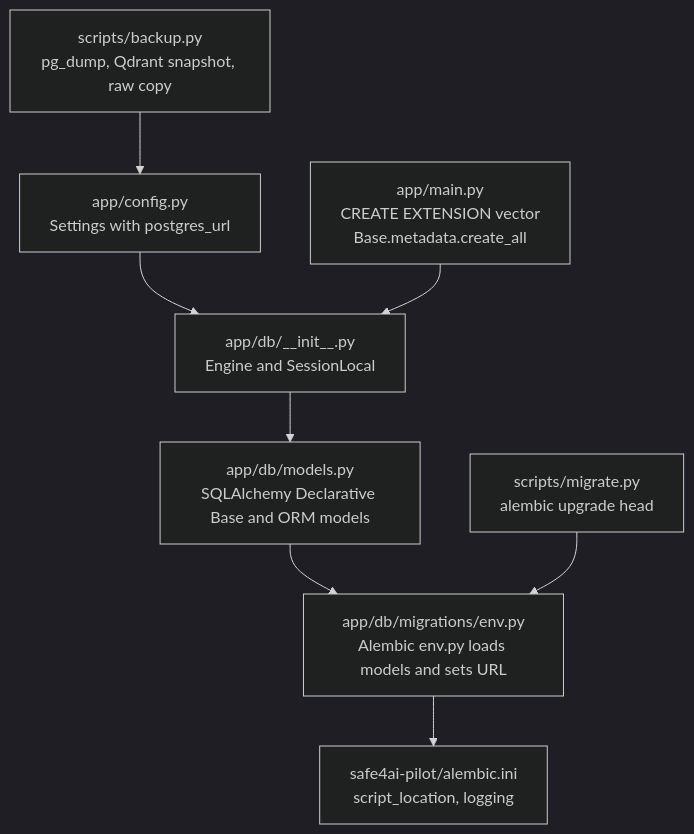
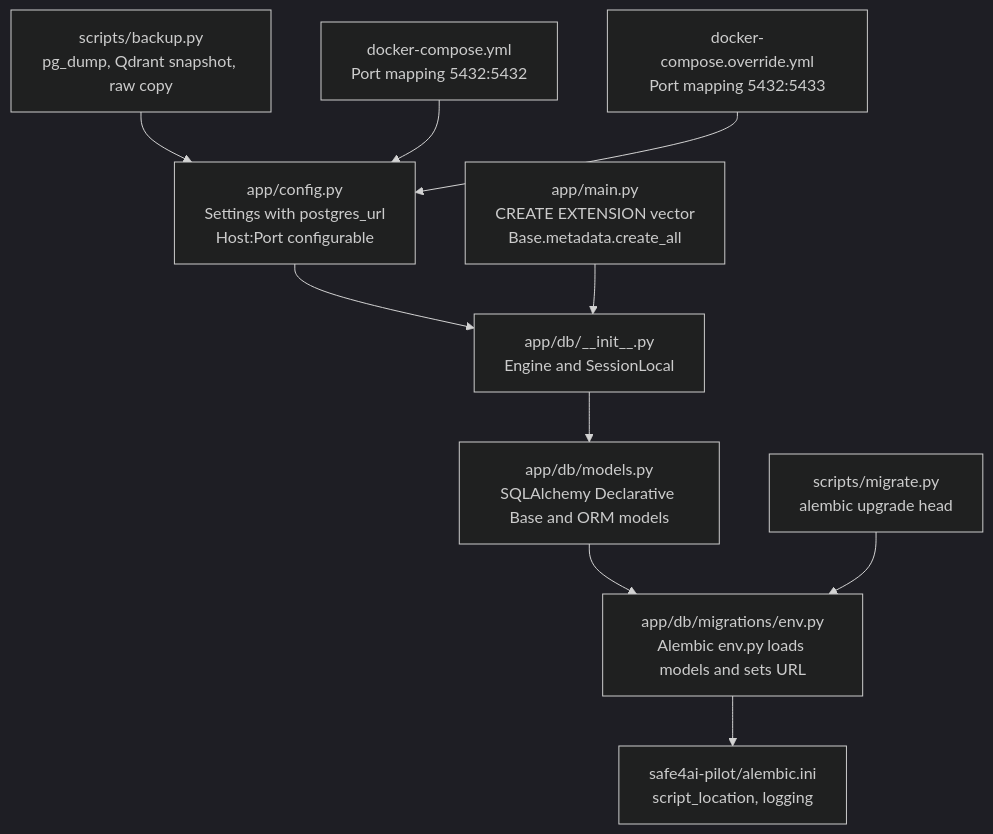
The first of 7 diagrams in .qoder/repowiki/en/content/Database Design/Database Design.md (genes8/private-ai), drawn with Mermaid (dark theme) before and after one commit. The commit also changed other lines of this file and 19 other files, not shown here.

````diff
--- a/.qoder/repowiki/en/content/Database Design/Database Design.md
+++ b/.qoder/repowiki/en/content/Database Design/Database Design.md
@@ -36,10 +47,12 @@
 ```mermaid
 graph TB
-Config["app/config.py<br/>Settings with postgres_url"] --> DBInit["app/db/__init__.py<br/>Engine and SessionLocal"]
+Config["app/config.py<br/>Settings with postgres_url<br/>Host:Port configurable"] --> DBInit["app/db/__init__.py<br/>Engine and SessionLocal"]
 DBInit --> Models["app/db/models.py<br/>SQLAlchemy Declarative Base and ORM models"]
 Models --> MigrationsEnv["app/db/migrations/env.py<br/>Alembic env.py loads models and sets URL"]
 MigrationsEnv --> AlembicIni["safe4ai-pilot/alembic.ini<br/>script_location, logging"]
 Startup["app/main.py<br/>CREATE EXTENSION vector<br/>Base.metadata.create_all"] --> DBInit
 ScriptsMigrate["scripts/migrate.py<br/>alembic upgrade head"] --> MigrationsEnv
 ScriptsBackup["scripts/backup.py<br/>pg_dump, Qdrant snapshot, raw copy"] --> Config
+DockerCompose["docker-compose.yml<br/>Port mapping 5432:5432"] --> Config
+DockerOverride["docker-compose.override.yml<br/>Port mapping 5432:5433"] --> Config
 ```
````
